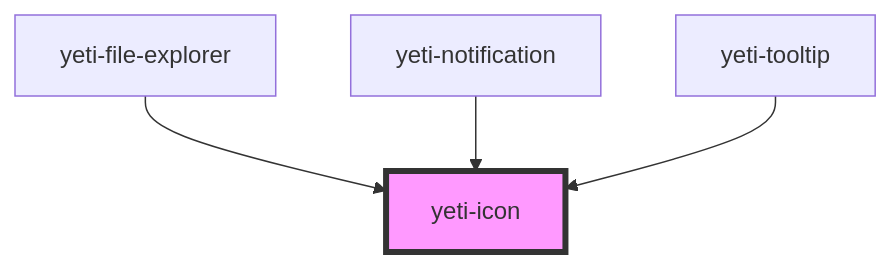
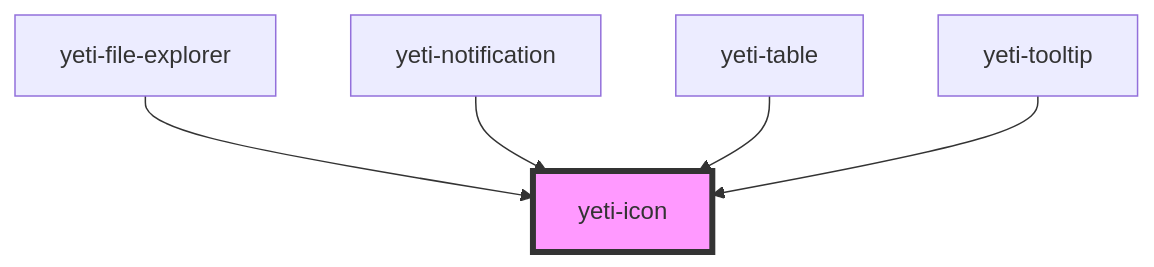
The diagram in src/components/yeti-icon/readme.md (msoltvedt/yeti), drawn with Mermaid before and after one commit. The commit also changed other lines of this file and 58 other files, not shown here.

````diff
--- a/src/components/yeti-icon/readme.md
+++ b/src/components/yeti-icon/readme.md
@@ -29,7 +30,8 @@
 ```mermaid
 graph TD;
   yeti-file-explorer --> yeti-icon
   yeti-notification --> yeti-icon
+  yeti-table --> yeti-icon
   yeti-tooltip --> yeti-icon
   style yeti-icon fill:#f9f,stroke:#333,stroke-width:4px
 ```
````
